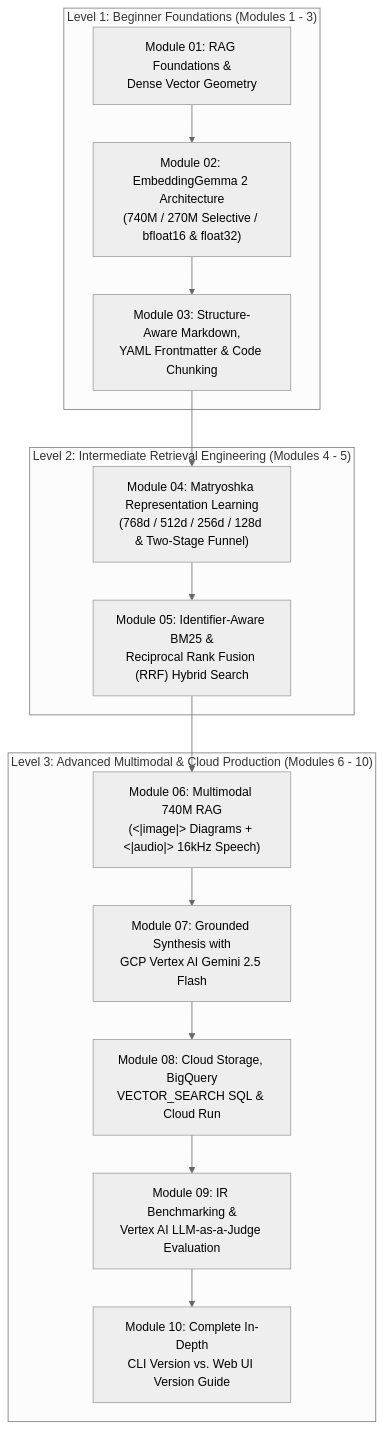
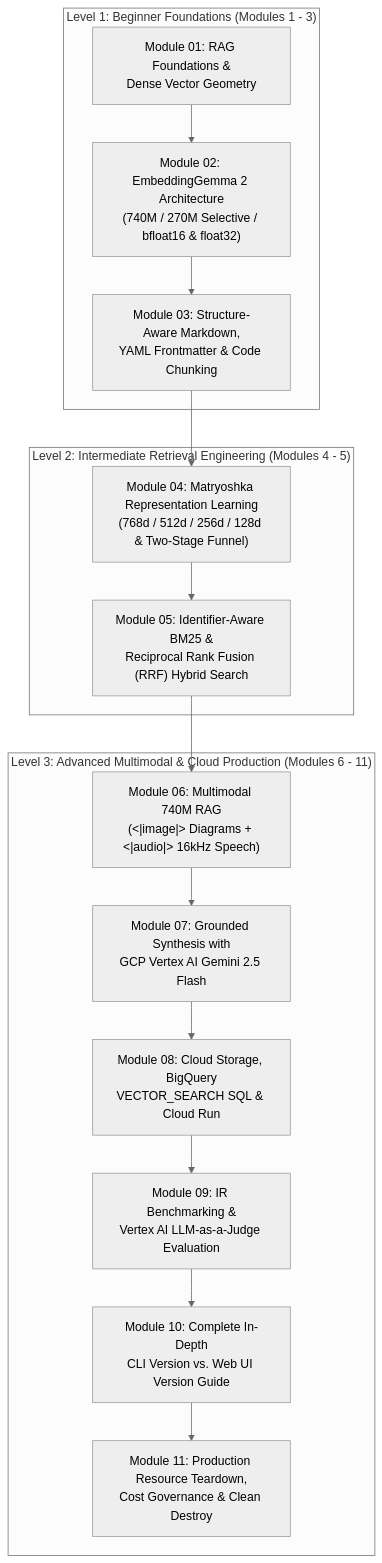
One commit to ajithvnr2001/sarvam-docs changed the diagram in rag-embeddinggemma2-course/COURSE.md. Above: the diagram before and after it, drawn with Mermaid (neutral theme). The commit also changed other lines of this file, not shown here.

Commit message:
feat: Sync COURSE.md (structural course + destroy lifecycle)

````diff
--- a/rag-embeddinggemma2-course/COURSE.md
+++ b/rag-embeddinggemma2-course/COURSE.md
@@ -12,20 +12,21 @@
 ```mermaid
 flowchart TB
     subgraph L1["Level 1: Beginner Foundations (Modules 1 - 3)"]
         M1["Module 01: RAG Foundations &\nDense Vector Geometry"] --> M2["Module 02: EmbeddingGemma 2 Architecture\n(740M / 270M Selective / bfloat16 & float32)"]
         M2 --> M3["Module 03: Structure-Aware Markdown,\nYAML Frontmatter & Code Chunking"]
     end
 
     subgraph L2["Level 2: Intermediate Retrieval Engineering (Modules 4 - 5)"]
         M3 --> M4["Module 04: Matryoshka Representation Learning\n(768d / 512d / 256d / 128d & Two-Stage Funnel)"]
         M4 --> M5["Module 05: Identifier-Aware BM25 &\nReciprocal Rank Fusion (RRF) Hybrid Search"]
     end
 
-    subgraph L3["Level 3: Advanced Multimodal & Cloud Production (Modules 6 - 10)"]
+    subgraph L3["Level 3: Advanced Multimodal & Cloud Production (Modules 6 - 11)"]
         M5 --> M6["Module 06: Multimodal 740M RAG\n(<|image|> Diagrams + <|audio|> 16kHz Speech)"]
         M6 --> M7["Module 07: Grounded Synthesis with\nGCP Vertex AI Gemini 2.5 Flash"]
         M7 --> M8["Module 08: Cloud Storage, BigQuery\nVECTOR_SEARCH SQL & Cloud Run"]
         M8 --> M9["Module 09: IR Benchmarking &\nVertex AI LLM-as-a-Judge Evaluation"]
         M9 --> M10["Module 10: Complete In-Depth\nCLI Version vs. Web UI Version Guide"]
+        M10 --> M11["Module 11: Production Resource Teardown,\nCost Governance & Clean Destroy"]
     end
 ```
````
